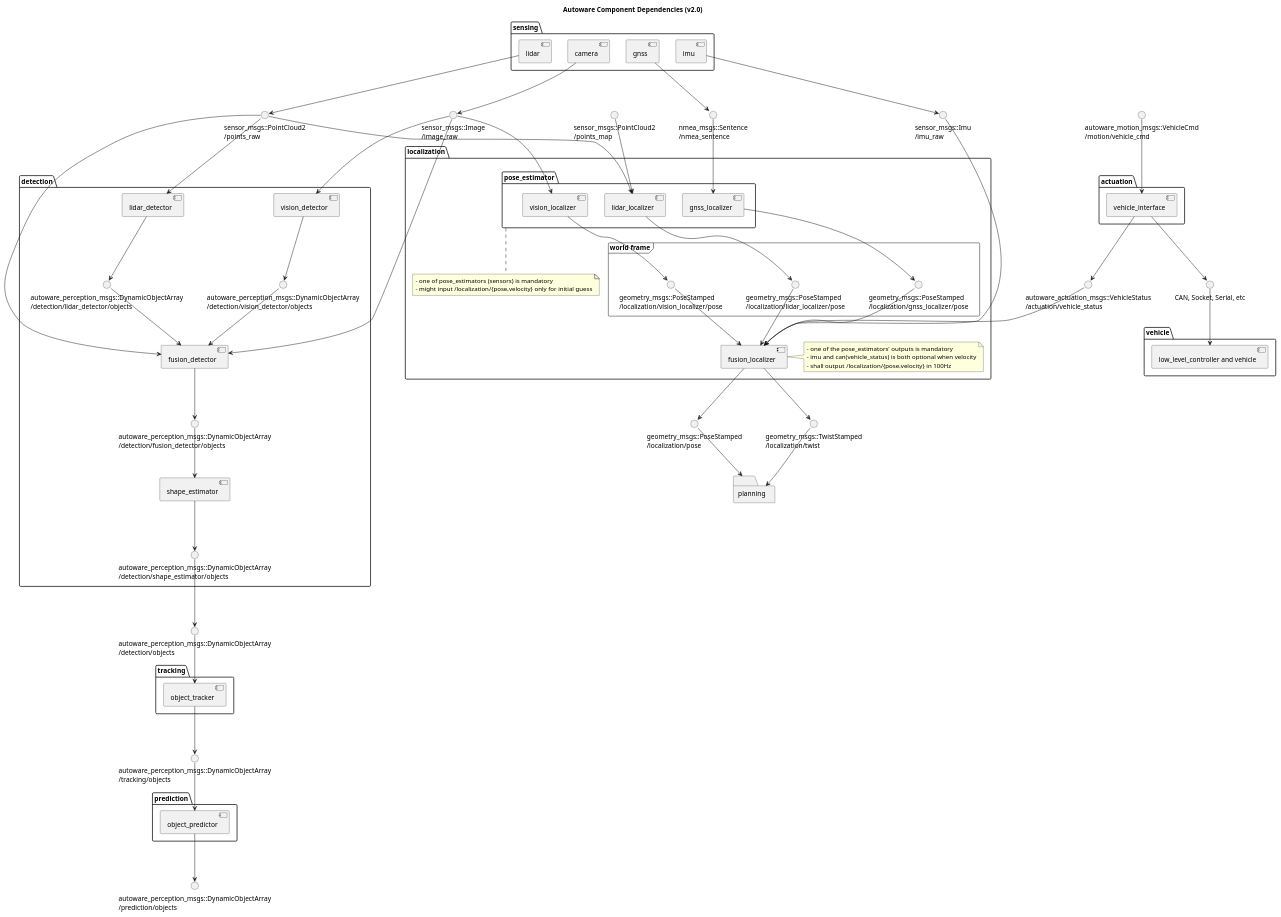
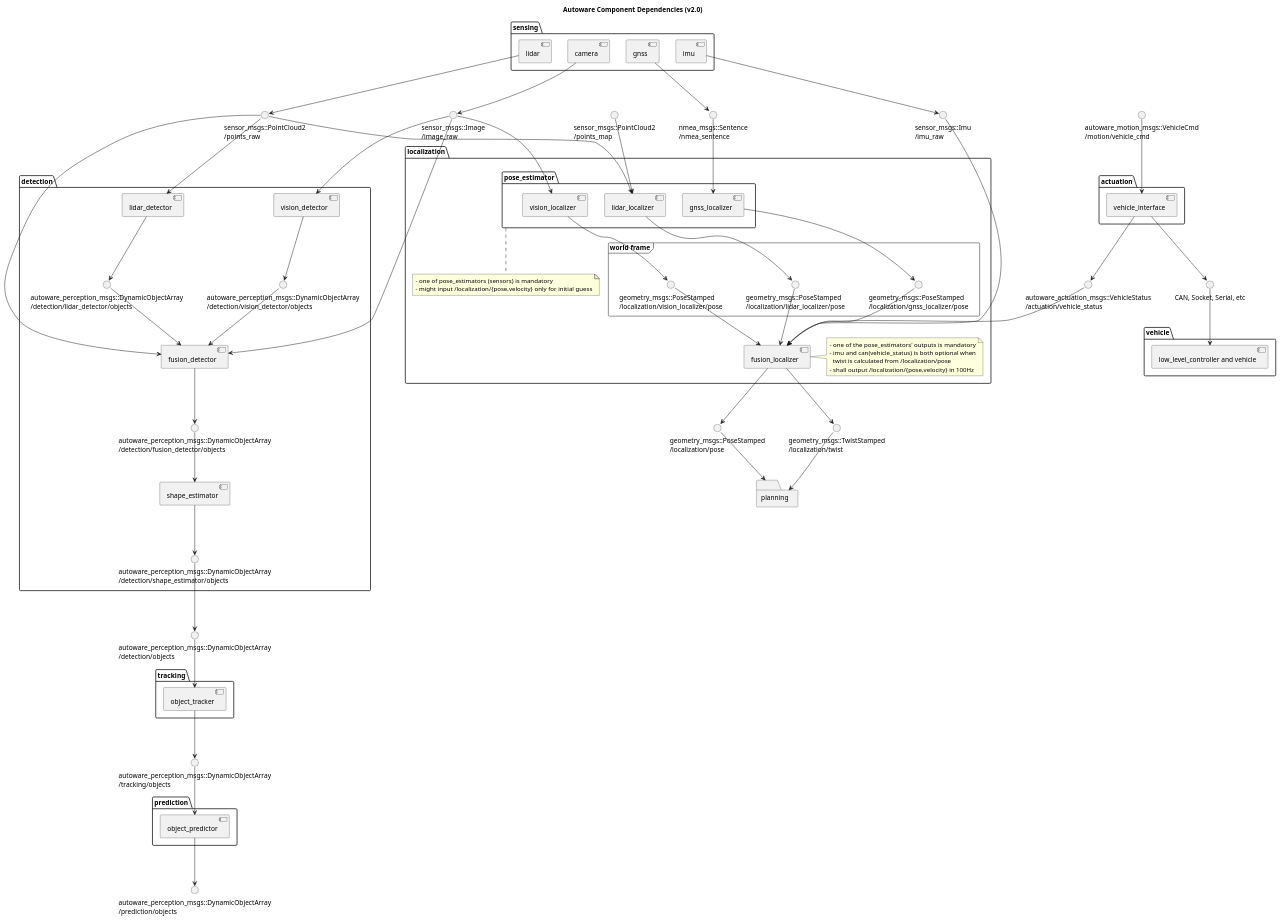
Before and after one commit to beenfhb/autoware: the diagram in docs/architecture/ComponentDiagram.pu, drawn with PlantUML.

Commit message:
add note

```diff
--- a/docs/architecture/ComponentDiagram.pu
+++ b/docs/architecture/ComponentDiagram.pu
@@ -137,7 +137,8 @@
     [fusion_localizer]
     note right of fusion_localizer
         - one of the pose_estimators' outputs is mandatory
-        - imu and can(vehicle_status) is both optional when velocity
+        - imu and can(vehicle_status) is both optional when
+          twist is calculated from /localization/pose
         - shall output /localization/{pose,velocity} in 100Hz
     end note
     'inputs
```
